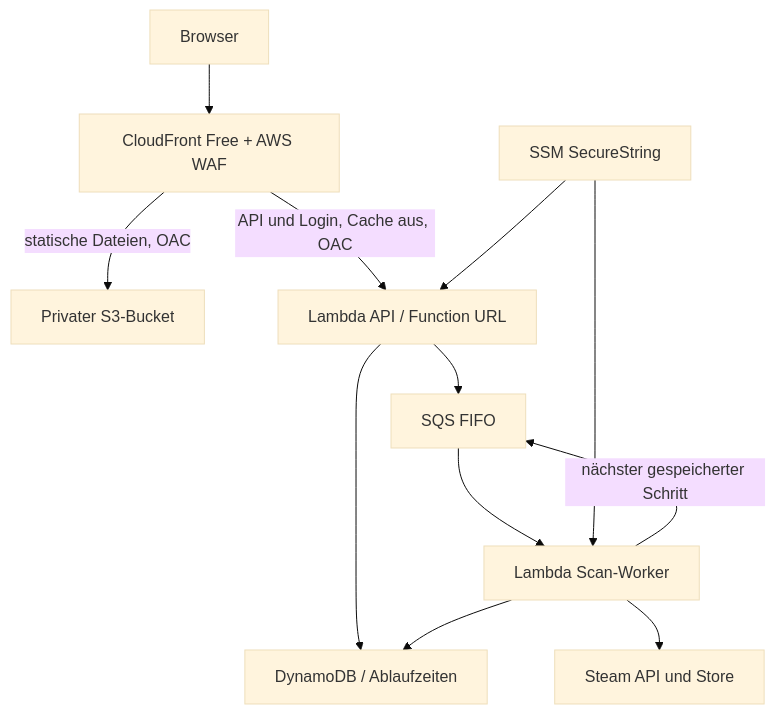
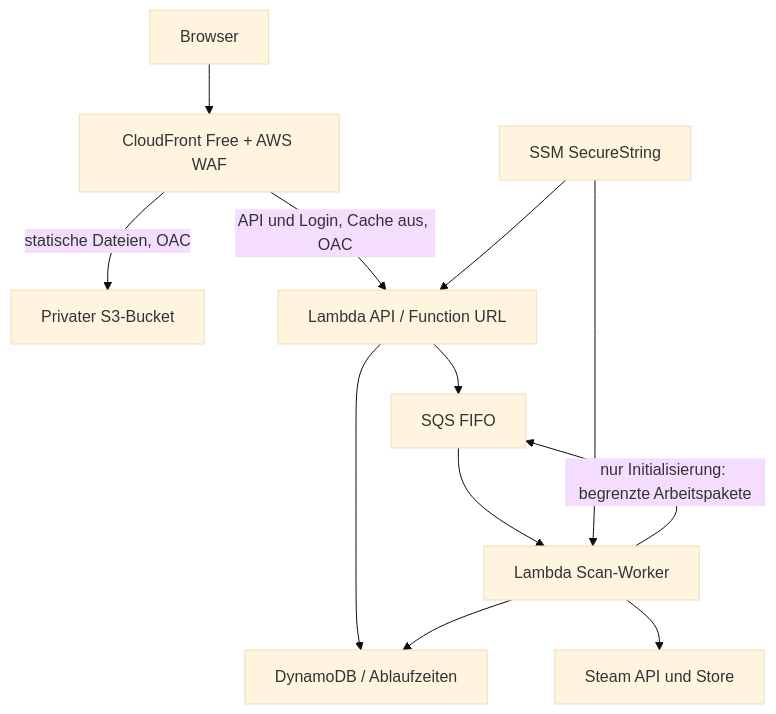
Before and after one commit to operatorofthings/replay-radar: the diagram in docs/AWS.md, drawn with Mermaid (base theme). The commit also changed other lines of this file and 4 other files, not shown here.

````diff
--- a/docs/AWS.md
+++ b/docs/AWS.md
@@ -9,14 +9,14 @@
 ```mermaid
 flowchart TD
   Browser[Browser] --> Edge[CloudFront Free + AWS WAF]
   Edge -->|statische Dateien, OAC| Assets[Privater S3-Bucket]
   Edge -->|API und Login, Cache aus, OAC| API[Lambda API / Function URL]
   API --> State[DynamoDB / Ablaufzeiten]
   API --> Queue[SQS FIFO]
   Queue --> Worker[Lambda Scan-Worker]
   Worker --> Steam[Steam API und Store]
   Worker --> State
-  Worker -->|nächster gespeicherter Schritt| Queue
+  Worker -->|nur Initialisierung: begrenzte Arbeitspakete| Queue
   Config[SSM SecureString] --> API
   Config --> Worker
 ```
````
